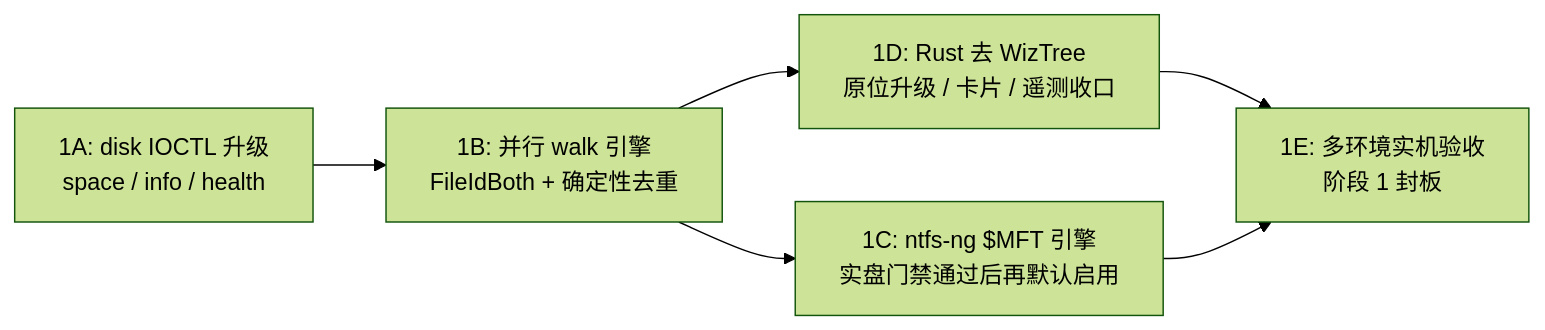
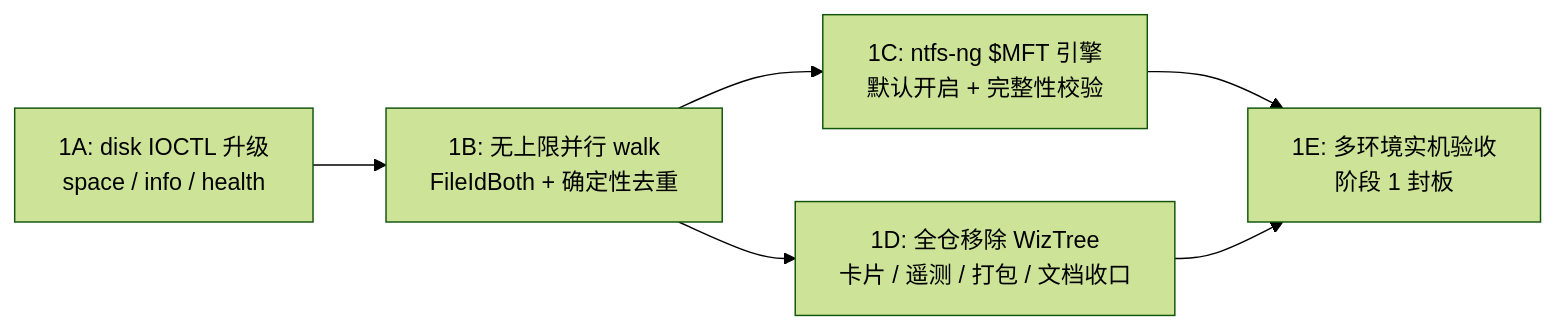
Before and after one commit to SCAU-Computer-Serving-Team/cst-pilot: the second of 2 diagrams in doc/rust/plan/9.3.optimization.md, drawn with Mermaid (forest theme). The commit also changed other lines of this file and 44 other files, not shown here.

Commit message:
refactor(diagnostics,docs,skills): remove WizTree repo-wide and sync stage 9.3 docs

````diff
--- a/doc/rust/plan/9.3.optimization.md
+++ b/doc/rust/plan/9.3.optimization.md
@@ -93,8 +98,8 @@
 ```mermaid
 flowchart LR
-    S1A["1A: disk IOCTL 升级<br/>space / info / health"] --> S1B["1B: 并行 walk 引擎<br/>FileIdBoth + 确定性去重"]
-    S1B --> S1D["1D: Rust 去 WizTree<br/>原位升级 / 卡片 / 遥测收口"]
-    S1B --> S1C["1C: ntfs-ng $MFT 引擎<br/>实盘门禁通过后再默认启用"]
-    S1D --> S1E["1E: 多环境实机验收<br/>阶段 1 封板"]
-    S1C --> S1E
+    S1A["1A: disk IOCTL 升级<br/>space / info / health"] --> S1B["1B: 无上限并行 walk<br/>FileIdBoth + 确定性去重"]
+    S1B --> S1C["1C: ntfs-ng $MFT 引擎<br/>默认开启 + 完整性校验"]
+    S1B --> S1D["1D: 全仓移除 WizTree<br/>卡片 / 遥测 / 打包 / 文档收口"]
+    S1C --> S1E["1E: 多环境实机验收<br/>阶段 1 封板"]
+    S1D --> S1E
 ```
````
